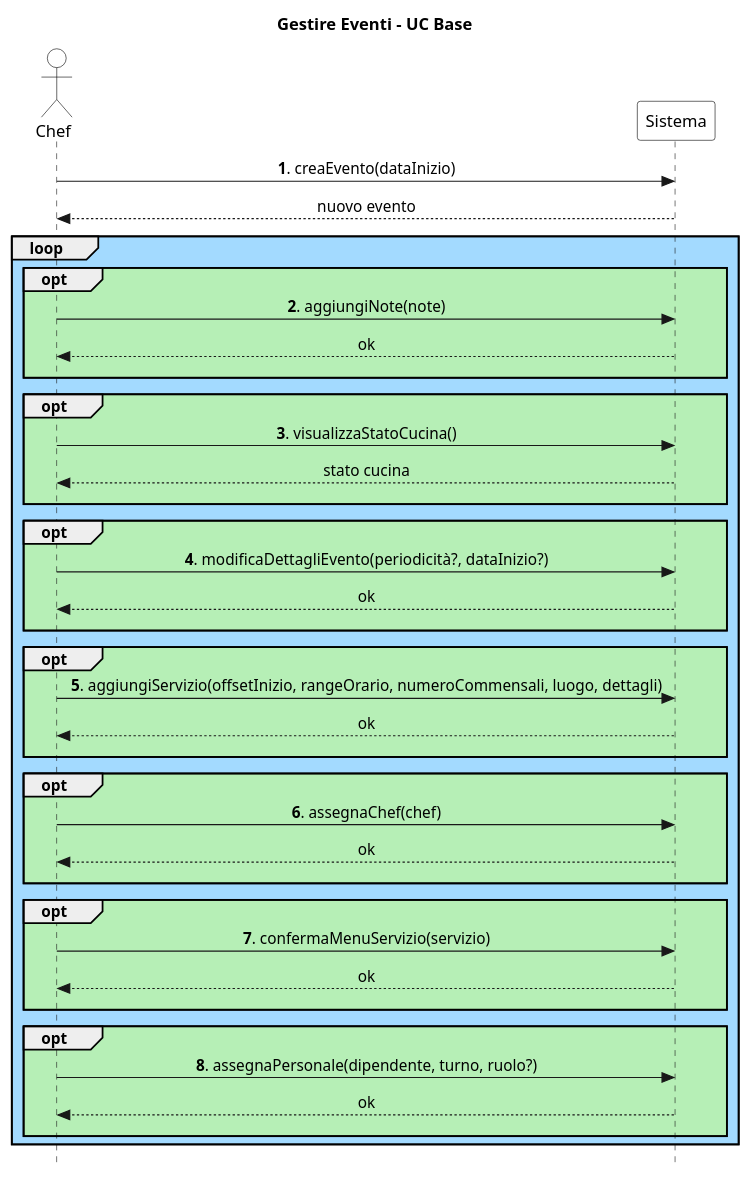
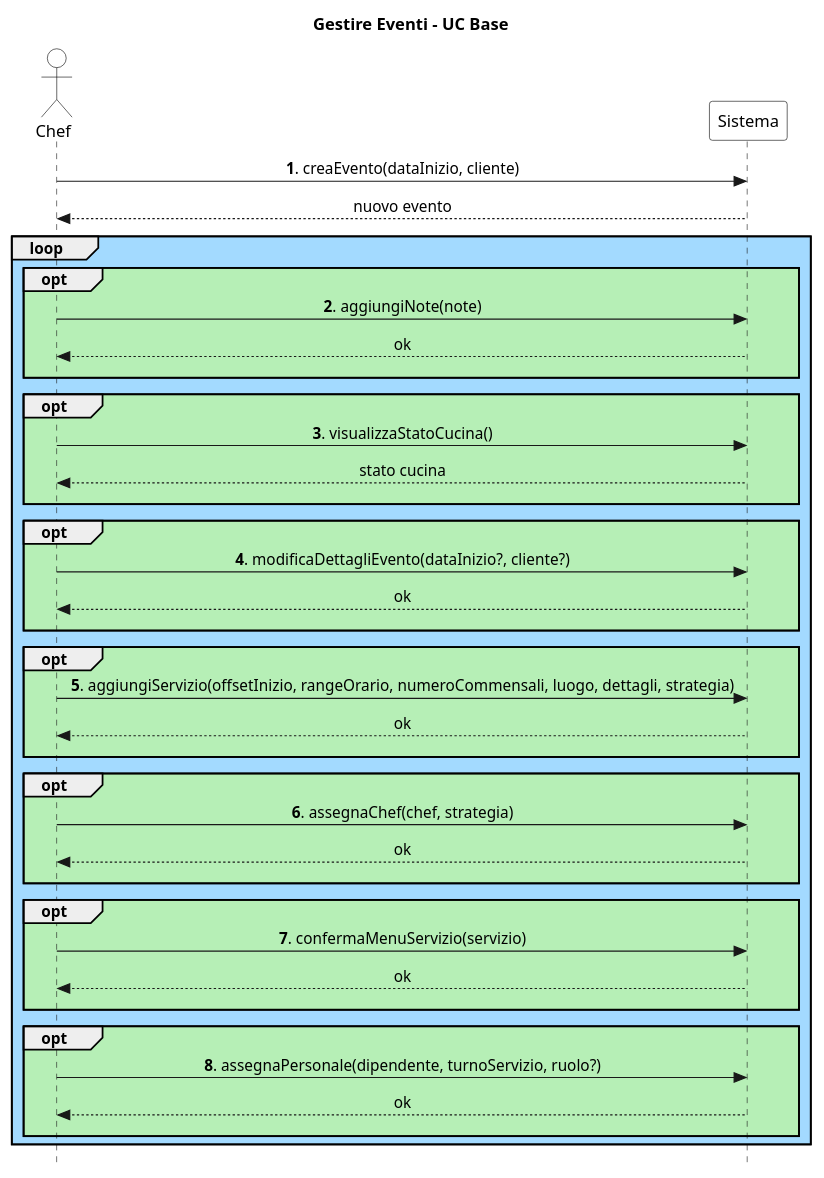
The diagram in UP/Requisiti/UC Gestire Eventi/SSD/Base.puml (stefa168/sas-project), drawn with PlantUML before and after one commit. The commit also changed 5 other files, not shown here.

```diff
--- a/UP/Requisiti/UC Gestire Eventi/SSD/Base.puml
+++ b/UP/Requisiti/UC Gestire Eventi/SSD/Base.puml
@@ -1,63 +1,63 @@
 @startuml
 skinparam Style strictuml
 skinparam SequenceMessageAlign center
 
 skinparam sequence {
     ActorBorderColor Black
     ActorBackgroundColor White
     ParticipantBorderColor Black
     ParticipantBackgroundColor White
 }
 
 actor Chef
 participant Sistema
 
 title Gestire Eventi - UC Base
 
-Chef -> Sistema: **1**. creaEvento(dataInizio)
+Chef -> Sistema: **1**. creaEvento(dataInizio, cliente)
 return nuovo evento
 
 loop #a3daff
     opt #b6efb6
         Chef -> Sistema: **2**. aggiungiNote(note)
         return ok
         ||10||
     end
 
     opt #b6efb6
         Chef -> Sistema: **3**. visualizzaStatoCucina()
         return stato cucina
         ||10||
     end
 
     opt #b6efb6
-        Chef -> Sistema: **4**. modificaDettagliEvento(periodicità?, dataInizio?)
+        Chef -> Sistema: **4**. modificaDettagliEvento(dataInizio?, cliente?)
         return ok
         ||10||
     end
 
     opt #b6efb6
-        Chef -> Sistema: **5**. aggiungiServizio(offsetInizio, rangeOrario, numeroCommensali, luogo, dettagli)
+        Chef -> Sistema: **5**. aggiungiServizio(offsetInizio, rangeOrario, numeroCommensali, luogo, dettagli, strategia)
         return ok
         ||10||
     end
 
     opt #b6efb6
-        Chef -> Sistema: **6**. assegnaChef(chef)
+        Chef -> Sistema: **6**. assegnaChef(chef, strategia)
         return ok
         ||10||
     end
 
     opt #b6efb6
         Chef -> Sistema: **7**. confermaMenuServizio(servizio)
         return ok
         ||10||
     end
 
     opt #b6efb6
-        Chef -> Sistema: **8**. assegnaPersonale(dipendente, turno, ruolo?)
+        Chef -> Sistema: **8**. assegnaPersonale(dipendente, turnoServizio, ruolo?)
         return ok
         ||10||
     end
 end
 @enduml
```
